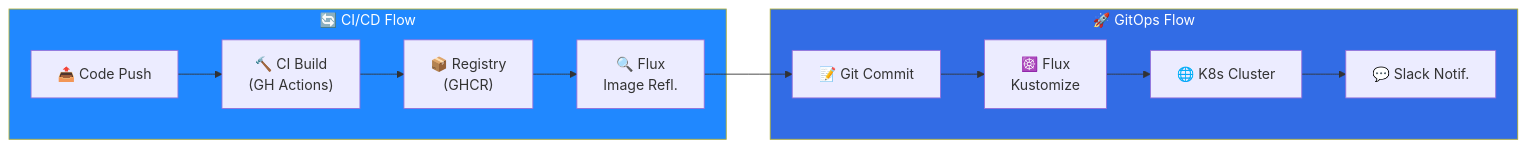
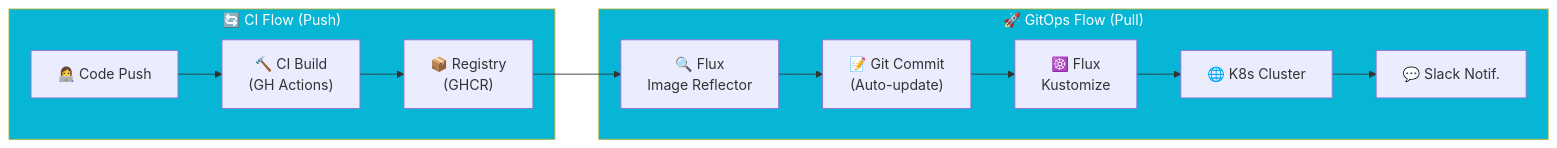
One commit to viktorrobin/bluerobin-blog changed the diagram in src/content/blog/gitops-flux-cd-introduction.mdx. Above: the diagram before and after it, drawn with Mermaid. The commit also changed other lines of this file and 127 other files, not shown here.

````diff
--- a/src/content/blog/gitops-flux-cd-introduction.mdx
+++ b/src/content/blog/gitops-flux-cd-introduction.mdx
@@ -655,18 +45,22 @@
 ```mermaid
 flowchart LR
-    subgraph CI["🔄 CI/CD Flow"]
-        Push["📤 Code Push"] --> Build["🔨 CI Build\n(GH Actions)"]
+    subgraph CI["🔄 CI Flow (Push)"]
+        Push["👩‍💻 Code Push"] --> Build["🔨 CI Build\n(GH Actions)"]
         Build --> Reg["📦 Registry\n(GHCR)"]
-        Reg --> IR["🔍 Flux\nImage Refl."]
     end
     
-    subgraph CD["🚀 GitOps Flow"]
-        IR --> Git["📝 Git Commit"]
+    subgraph CD["🚀 GitOps Flow (Pull)"]
+        Reg --> IR["🔍 Flux\nImage Reflector"]
+        IR --> Git["📝 Git Commit\n(Auto-update)"]
         Git --> Kust["☸️ Flux\nKustomize"]
         Kust --> K8s["🌐 K8s Cluster"]
         K8s --> Slack["💬 Slack Notif."]
     end
 
-    style CI fill:#2088ff,color:#fff
-    style CD fill:#326ce5,color:#fff
+    classDef primary fill:#7c3aed,color:#fff
+    classDef secondary fill:#06b6d4,color:#fff
+    classDef db fill:#f43f5e,color:#fff
+    classDef warning fill:#fbbf24,color:#000
+
+    class CI,CD secondary
 ```
````
